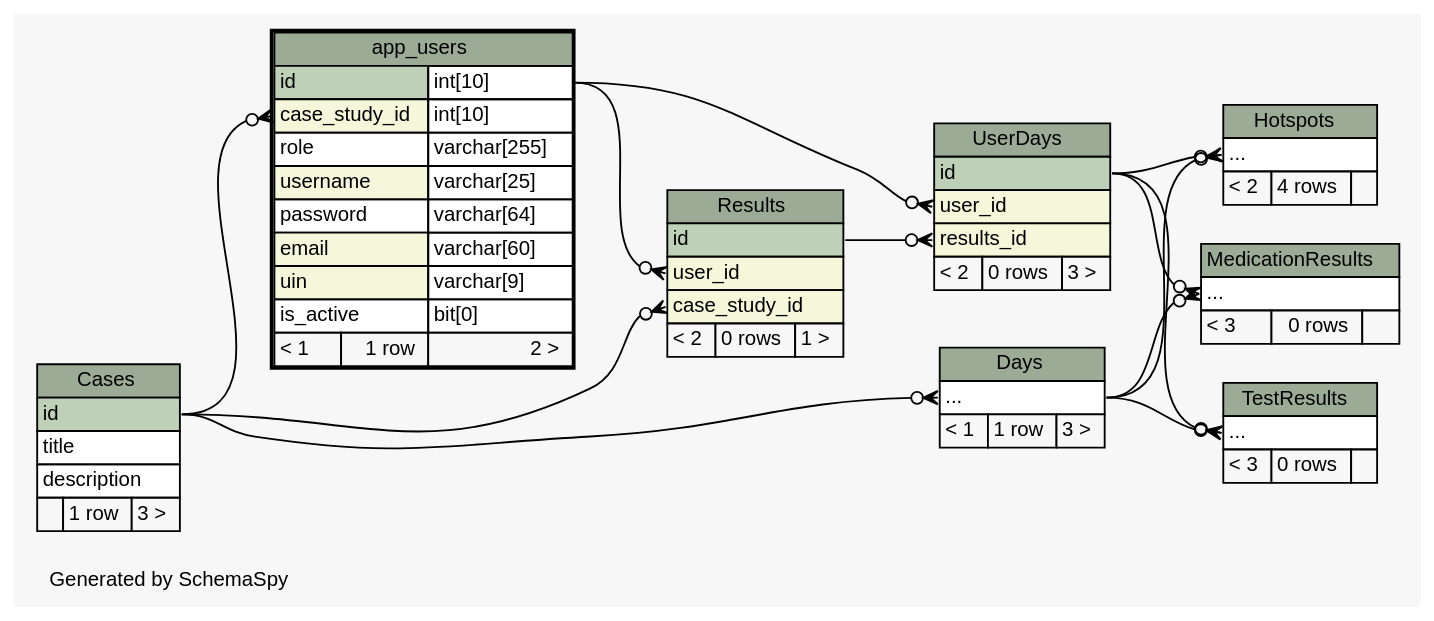
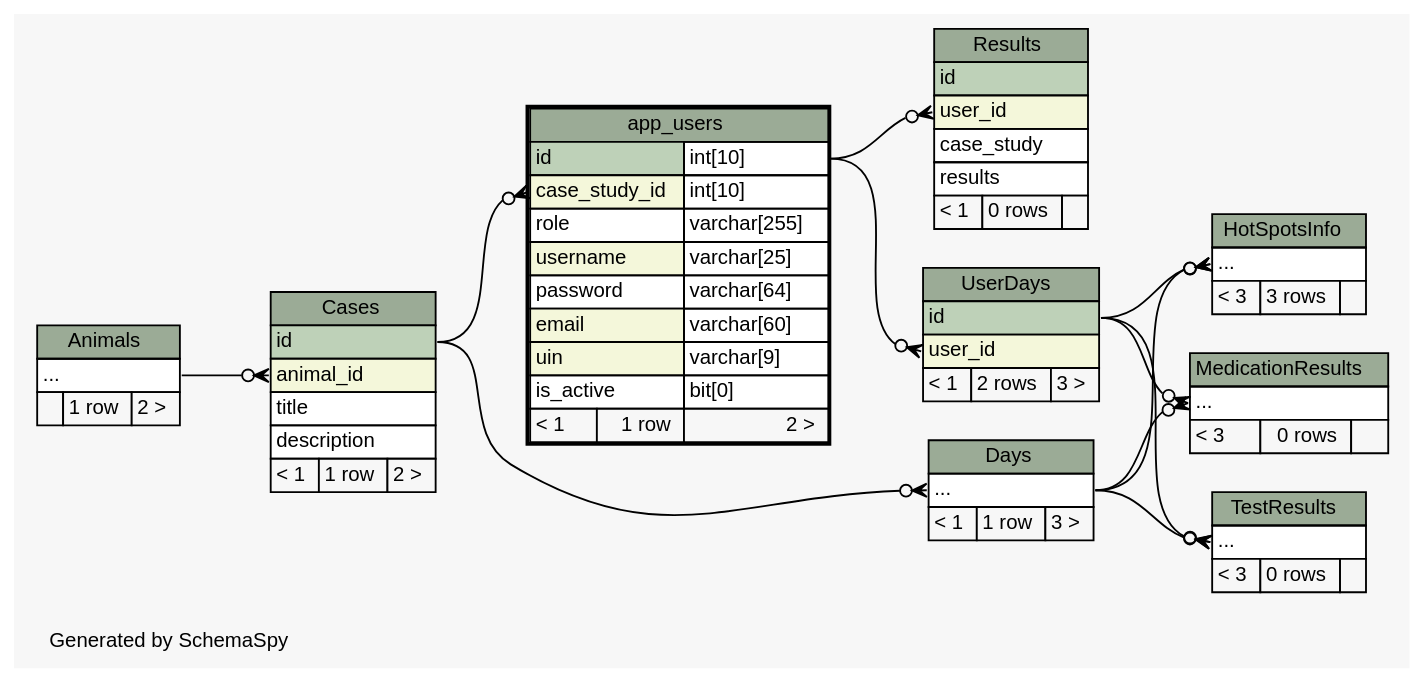
Before and after one commit to carrel2/CaseStudies: the diagram in web/files/schema/diagrams/app_users.2degrees.dot, drawn with Graphviz. The commit also changed 262 other files, not shown here.

```diff
--- a/web/files/schema/diagrams/app_users.2degrees.dot
+++ b/web/files/schema/diagrams/app_users.2degrees.dot
@@ -1,127 +1,137 @@
-// dot 2.38.0 on Linux 4.4.0-66-generic
+// dot 2.38.0 on Linux 4.4.0-67-generic
 // SchemaSpy rev 590
 digraph "twoDegreesRelationshipsDiagram" {
   graph [
     rankdir="RL"
     bgcolor="#f7f7f7"
     label="\nGenerated by SchemaSpy"
     labeljust="l"
     nodesep="0.18"
     ranksep="0.46"
     fontname="Helvetica"
     fontsize="11"
   ];
   node [
     fontname="Helvetica"
     fontsize="11"
     shape="plaintext"
   ];
   edge [
     arrowsize="0.8"
   ];
   "app_users":"case_study_id":w -> "Cases":"id":e [arrowhead=none dir=back arrowtail=crowodot];
+  "Cases":"animal_id":w -> "Animals":"elipses":e [arrowhead=none dir=back arrowtail=crowodot];
   "Days":"elipses":w -> "Cases":"id":e [arrowhead=none dir=back arrowtail=crowodot];
-  "Hotspots":"elipses":w -> "Days":"elipses":e [arrowhead=none dir=back arrowtail=crowodot];
-  "Hotspots":"elipses":w -> "UserDays":"id":e [arrowhead=none dir=back arrowtail=crowodot];
+  "HotSpotsInfo":"elipses":w -> "Days":"elipses":e [arrowhead=none dir=back arrowtail=crowodot];
+  "HotSpotsInfo":"elipses":w -> "UserDays":"id":e [arrowhead=none dir=back arrowtail=crowodot];
   "MedicationResults":"elipses":w -> "Days":"elipses":e [arrowhead=none dir=back arrowtail=crowodot];
   "MedicationResults":"elipses":w -> "UserDays":"id":e [arrowhead=none dir=back arrowtail=crowodot];
-  "Results":"case_study_id":w -> "Cases":"id":e [arrowhead=none dir=back arrowtail=crowodot];
   "Results":"user_id":w -> "app_users":"id.type":e [arrowhead=none dir=back arrowtail=crowodot];
   "TestResults":"elipses":w -> "Days":"elipses":e [arrowhead=none dir=back arrowtail=crowodot];
   "TestResults":"elipses":w -> "UserDays":"id":e [arrowhead=none dir=back arrowtail=crowodot];
-  "UserDays":"results_id":w -> "Results":"id":e [arrowhead=none dir=back arrowtail=crowodot];
   "UserDays":"user_id":w -> "app_users":"id.type":e [arrowhead=none dir=back arrowtail=crowodot];
+  "Animals" [
+    label=<
+    <TABLE BORDER="0" CELLBORDER="1" CELLSPACING="0" BGCOLOR="#ffffff">
+      <TR><TD COLSPAN="3" BGCOLOR="#9bab96" ALIGN="CENTER">Animals</TD></TR>
+      <TR><TD PORT="elipses" COLSPAN="3" ALIGN="LEFT">...</TD></TR>
+      <TR><TD ALIGN="LEFT" BGCOLOR="#f7f7f7">  </TD><TD ALIGN="RIGHT" BGCOLOR="#f7f7f7">1 row</TD><TD ALIGN="RIGHT" BGCOLOR="#f7f7f7">2 &gt;</TD></TR>
+    </TABLE>>
+    URL="Animals.html"
+    tooltip="Animals"
+  ];
   "app_users" [
     label=<
     <TABLE BORDER="2" CELLBORDER="1" CELLSPACING="0" BGCOLOR="#ffffff">
       <TR><TD COLSPAN="3" BGCOLOR="#9bab96" ALIGN="CENTER">app_users</TD></TR>
       <TR><TD PORT="id" COLSPAN="2" BGCOLOR="#bed1b8" ALIGN="LEFT">id</TD><TD PORT="id.type" ALIGN="LEFT">int[10]</TD></TR>
       <TR><TD PORT="case_study_id" COLSPAN="2" BGCOLOR="#f4f7da" ALIGN="LEFT">case_study_id</TD><TD PORT="case_study_id.type" ALIGN="LEFT">int[10]</TD></TR>
       <TR><TD PORT="role" COLSPAN="2" ALIGN="LEFT">role</TD><TD PORT="role.type" ALIGN="LEFT">varchar[255]</TD></TR>
       <TR><TD PORT="username" COLSPAN="2" BGCOLOR="#f4f7da" ALIGN="LEFT">username</TD><TD PORT="username.type" ALIGN="LEFT">varchar[25]</TD></TR>
       <TR><TD PORT="password" COLSPAN="2" ALIGN="LEFT">password</TD><TD PORT="password.type" ALIGN="LEFT">varchar[64]</TD></TR>
       <TR><TD PORT="email" COLSPAN="2" BGCOLOR="#f4f7da" ALIGN="LEFT">email</TD><TD PORT="email.type" ALIGN="LEFT">varchar[60]</TD></TR>
       <TR><TD PORT="uin" COLSPAN="2" BGCOLOR="#f4f7da" ALIGN="LEFT">uin</TD><TD PORT="uin.type" ALIGN="LEFT">varchar[9]</TD></TR>
       <TR><TD PORT="is_active" COLSPAN="2" ALIGN="LEFT">is_active</TD><TD PORT="is_active.type" ALIGN="LEFT">bit[0]</TD></TR>
       <TR><TD ALIGN="LEFT" BGCOLOR="#f7f7f7">&lt; 1</TD><TD ALIGN="RIGHT" BGCOLOR="#f7f7f7">1 row</TD><TD ALIGN="RIGHT" BGCOLOR="#f7f7f7">2 &gt;</TD></TR>
     </TABLE>>
     URL="app_users.html"
     tooltip="app_users"
   ];
   "Cases" [
     label=<
     <TABLE BORDER="0" CELLBORDER="1" CELLSPACING="0" BGCOLOR="#ffffff">
       <TR><TD COLSPAN="3" BGCOLOR="#9bab96" ALIGN="CENTER">Cases</TD></TR>
       <TR><TD PORT="id" COLSPAN="3" BGCOLOR="#bed1b8" ALIGN="LEFT">id</TD></TR>
+      <TR><TD PORT="animal_id" COLSPAN="3" BGCOLOR="#f4f7da" ALIGN="LEFT">animal_id</TD></TR>
       <TR><TD PORT="title" COLSPAN="3" ALIGN="LEFT">title</TD></TR>
       <TR><TD PORT="description" COLSPAN="3" ALIGN="LEFT">description</TD></TR>
-      <TR><TD ALIGN="LEFT" BGCOLOR="#f7f7f7">  </TD><TD ALIGN="RIGHT" BGCOLOR="#f7f7f7">1 row</TD><TD ALIGN="RIGHT" BGCOLOR="#f7f7f7">3 &gt;</TD></TR>
+      <TR><TD ALIGN="LEFT" BGCOLOR="#f7f7f7">&lt; 1</TD><TD ALIGN="RIGHT" BGCOLOR="#f7f7f7">1 row</TD><TD ALIGN="RIGHT" BGCOLOR="#f7f7f7">2 &gt;</TD></TR>
     </TABLE>>
     URL="Cases.html"
     tooltip="Cases"
   ];
   "Days" [
     label=<
     <TABLE BORDER="0" CELLBORDER="1" CELLSPACING="0" BGCOLOR="#ffffff">
       <TR><TD COLSPAN="3" BGCOLOR="#9bab96" ALIGN="CENTER">Days</TD></TR>
       <TR><TD PORT="elipses" COLSPAN="3" ALIGN="LEFT">...</TD></TR>
       <TR><TD ALIGN="LEFT" BGCOLOR="#f7f7f7">&lt; 1</TD><TD ALIGN="RIGHT" BGCOLOR="#f7f7f7">1 row</TD><TD ALIGN="RIGHT" BGCOLOR="#f7f7f7">3 &gt;</TD></TR>
     </TABLE>>
     URL="Days.html"
     tooltip="Days"
   ];
-  "Hotspots" [
+  "HotSpotsInfo" [
     label=<
     <TABLE BORDER="0" CELLBORDER="1" CELLSPACING="0" BGCOLOR="#ffffff">
-      <TR><TD COLSPAN="3" BGCOLOR="#9bab96" ALIGN="CENTER">Hotspots</TD></TR>
+      <TR><TD COLSPAN="3" BGCOLOR="#9bab96" ALIGN="CENTER">HotSpotsInfo</TD></TR>
       <TR><TD PORT="elipses" COLSPAN="3" ALIGN="LEFT">...</TD></TR>
-      <TR><TD ALIGN="LEFT" BGCOLOR="#f7f7f7">&lt; 2</TD><TD ALIGN="RIGHT" BGCOLOR="#f7f7f7">4 rows</TD><TD ALIGN="RIGHT" BGCOLOR="#f7f7f7">  </TD></TR>
+      <TR><TD ALIGN="LEFT" BGCOLOR="#f7f7f7">&lt; 3</TD><TD ALIGN="RIGHT" BGCOLOR="#f7f7f7">3 rows</TD><TD ALIGN="RIGHT" BGCOLOR="#f7f7f7">  </TD></TR>
     </TABLE>>
-    URL="Hotspots.html"
-    tooltip="Hotspots"
+    URL="HotSpotsInfo.html"
+    tooltip="HotSpotsInfo"
   ];
   "MedicationResults" [
     label=<
     <TABLE BORDER="0" CELLBORDER="1" CELLSPACING="0" BGCOLOR="#ffffff">
       <TR><TD COLSPAN="3" BGCOLOR="#9bab96" ALIGN="CENTER">MedicationResults</TD></TR>
       <TR><TD PORT="elipses" COLSPAN="3" ALIGN="LEFT">...</TD></TR>
       <TR><TD ALIGN="LEFT" BGCOLOR="#f7f7f7">&lt; 3</TD><TD ALIGN="RIGHT" BGCOLOR="#f7f7f7">0 rows</TD><TD ALIGN="RIGHT" BGCOLOR="#f7f7f7">  </TD></TR>
     </TABLE>>
     URL="MedicationResults.html"
     tooltip="MedicationResults"
   ];
   "Results" [
     label=<
     <TABLE BORDER="0" CELLBORDER="1" CELLSPACING="0" BGCOLOR="#ffffff">
       <TR><TD COLSPAN="3" BGCOLOR="#9bab96" ALIGN="CENTER">Results</TD></TR>
       <TR><TD PORT="id" COLSPAN="3" BGCOLOR="#bed1b8" ALIGN="LEFT">id</TD></TR>
       <TR><TD PORT="user_id" COLSPAN="3" BGCOLOR="#f4f7da" ALIGN="LEFT">user_id</TD></TR>
-      <TR><TD PORT="case_study_id" COLSPAN="3" BGCOLOR="#f4f7da" ALIGN="LEFT">case_study_id</TD></TR>
-      <TR><TD ALIGN="LEFT" BGCOLOR="#f7f7f7">&lt; 2</TD><TD ALIGN="RIGHT" BGCOLOR="#f7f7f7">0 rows</TD><TD ALIGN="RIGHT" BGCOLOR="#f7f7f7">1 &gt;</TD></TR>
+      <TR><TD PORT="case_study" COLSPAN="3" ALIGN="LEFT">case_study</TD></TR>
+      <TR><TD PORT="results" COLSPAN="3" ALIGN="LEFT">results</TD></TR>
+      <TR><TD ALIGN="LEFT" BGCOLOR="#f7f7f7">&lt; 1</TD><TD ALIGN="RIGHT" BGCOLOR="#f7f7f7">0 rows</TD><TD ALIGN="RIGHT" BGCOLOR="#f7f7f7">  </TD></TR>
     </TABLE>>
     URL="Results.html"
     tooltip="Results"
   ];
   "TestResults" [
     label=<
     <TABLE BORDER="0" CELLBORDER="1" CELLSPACING="0" BGCOLOR="#ffffff">
       <TR><TD COLSPAN="3" BGCOLOR="#9bab96" ALIGN="CENTER">TestResults</TD></TR>
       <TR><TD PORT="elipses" COLSPAN="3" ALIGN="LEFT">...</TD></TR>
       <TR><TD ALIGN="LEFT" BGCOLOR="#f7f7f7">&lt; 3</TD><TD ALIGN="RIGHT" BGCOLOR="#f7f7f7">0 rows</TD><TD ALIGN="RIGHT" BGCOLOR="#f7f7f7">  </TD></TR>
     </TABLE>>
     URL="TestResults.html"
     tooltip="TestResults"
   ];
   "UserDays" [
     label=<
     <TABLE BORDER="0" CELLBORDER="1" CELLSPACING="0" BGCOLOR="#ffffff">
       <TR><TD COLSPAN="3" BGCOLOR="#9bab96" ALIGN="CENTER">UserDays</TD></TR>
       <TR><TD PORT="id" COLSPAN="3" BGCOLOR="#bed1b8" ALIGN="LEFT">id</TD></TR>
       <TR><TD PORT="user_id" COLSPAN="3" BGCOLOR="#f4f7da" ALIGN="LEFT">user_id</TD></TR>
-      <TR><TD PORT="results_id" COLSPAN="3" BGCOLOR="#f4f7da" ALIGN="LEFT">results_id</TD></TR>
-      <TR><TD ALIGN="LEFT" BGCOLOR="#f7f7f7">&lt; 2</TD><TD ALIGN="RIGHT" BGCOLOR="#f7f7f7">0 rows</TD><TD ALIGN="RIGHT" BGCOLOR="#f7f7f7">3 &gt;</TD></TR>
+      <TR><TD ALIGN="LEFT" BGCOLOR="#f7f7f7">&lt; 1</TD><TD ALIGN="RIGHT" BGCOLOR="#f7f7f7">2 rows</TD><TD ALIGN="RIGHT" BGCOLOR="#f7f7f7">3 &gt;</TD></TR>
     </TABLE>>
     URL="UserDays.html"
     tooltip="UserDays"
   ];
 }
```
